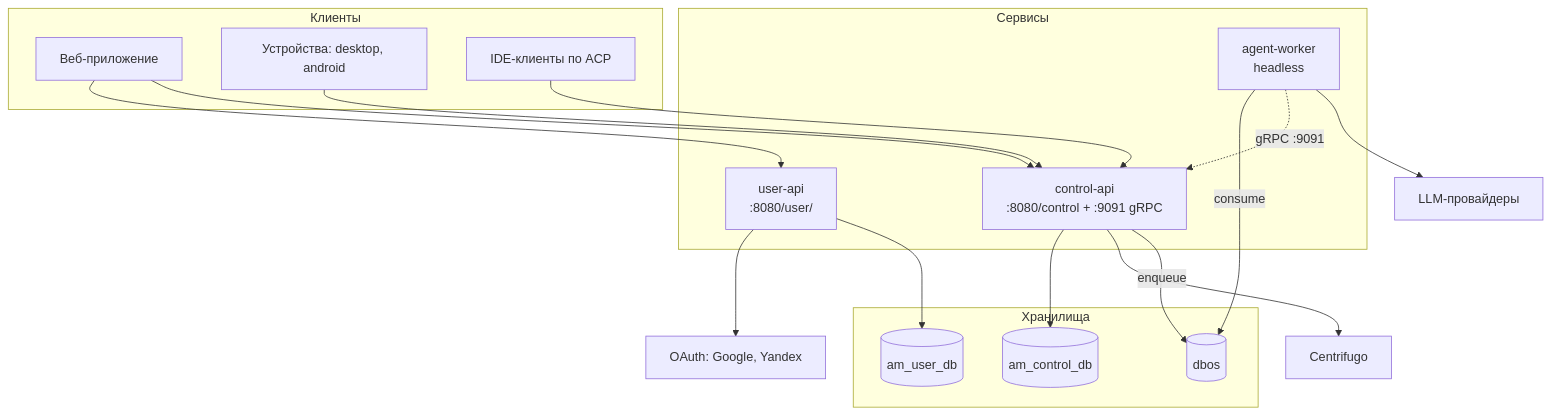
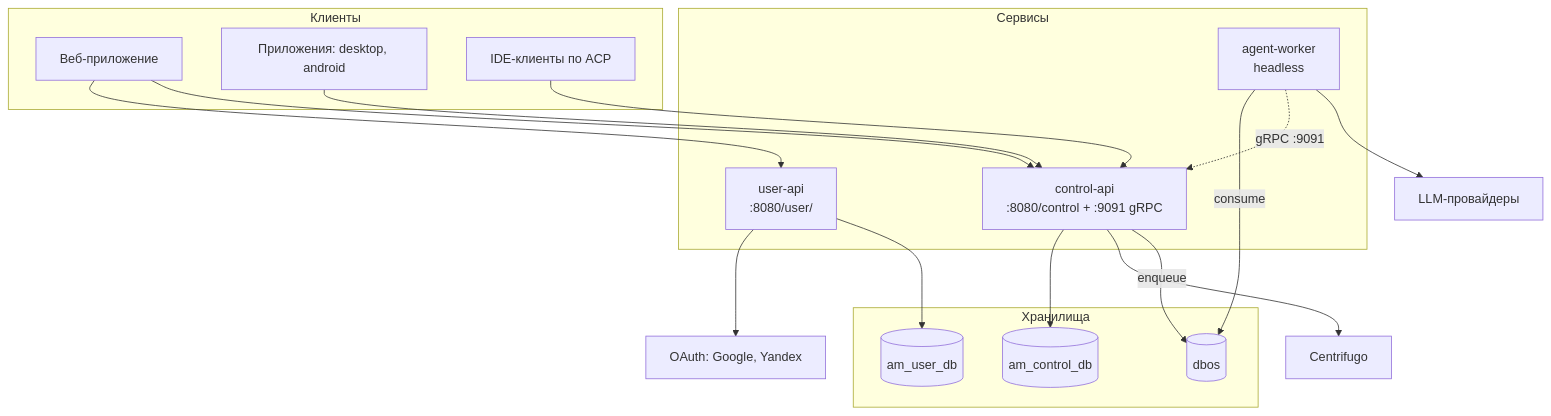
Before and after one commit to AgiMateIo/agimate-backend: the diagram in docs/architecture/overview.md, drawn with Mermaid. The commit also changed other lines of this file and 44 other files, not shown here.

````diff
--- a/docs/architecture/overview.md
+++ b/docs/architecture/overview.md
@@ -7,37 +7,37 @@
 ```mermaid
 graph TB
     subgraph Клиенты
         Web[Веб-приложение]
-        Device[Устройства: desktop, android]
+        Apps[Приложения: desktop, android]
         IDE[IDE-клиенты по ACP]
     end
 
     subgraph Сервисы
         UserAPI[user-api<br/>:8080/user/]
         ControlAPI[control-api<br/>:8080/control + :9091 gRPC]
         Worker[agent-worker<br/>headless]
     end
 
     subgraph Хранилища
         UserDB[(am_user_db)]
         ControlDB[(am_control_db)]
         DbosDB[(dbos)]
     end
 
     Centrifugo[Centrifugo]
     OAuth[OAuth: Google, Yandex]
     LLM[LLM-провайдеры]
 
     Web --> UserAPI
     Web --> ControlAPI
-    Device --> ControlAPI
+    Apps --> ControlAPI
     IDE --> ControlAPI
     UserAPI --> OAuth
     UserAPI --> UserDB
     ControlAPI --> ControlDB
     ControlAPI --> Centrifugo
     ControlAPI -->|enqueue| DbosDB
     Worker -->|consume| DbosDB
     Worker -.->|gRPC :9091| ControlAPI
     Worker --> LLM
 ```
````
